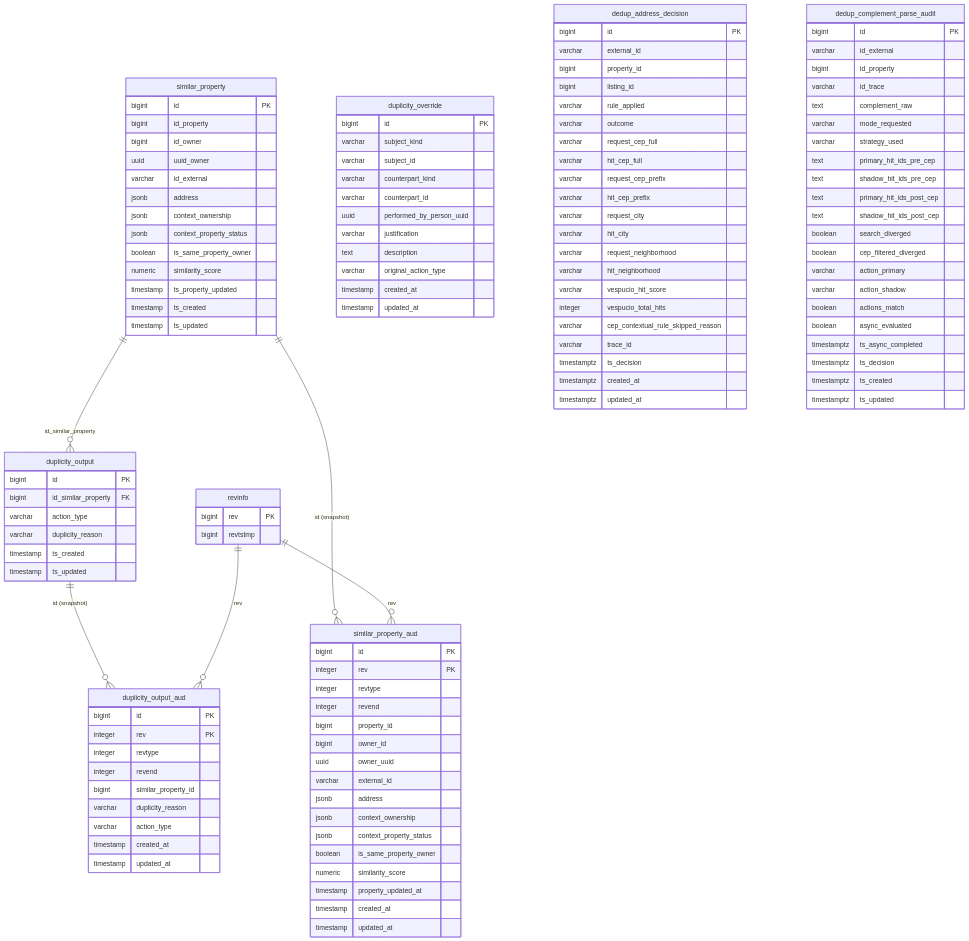
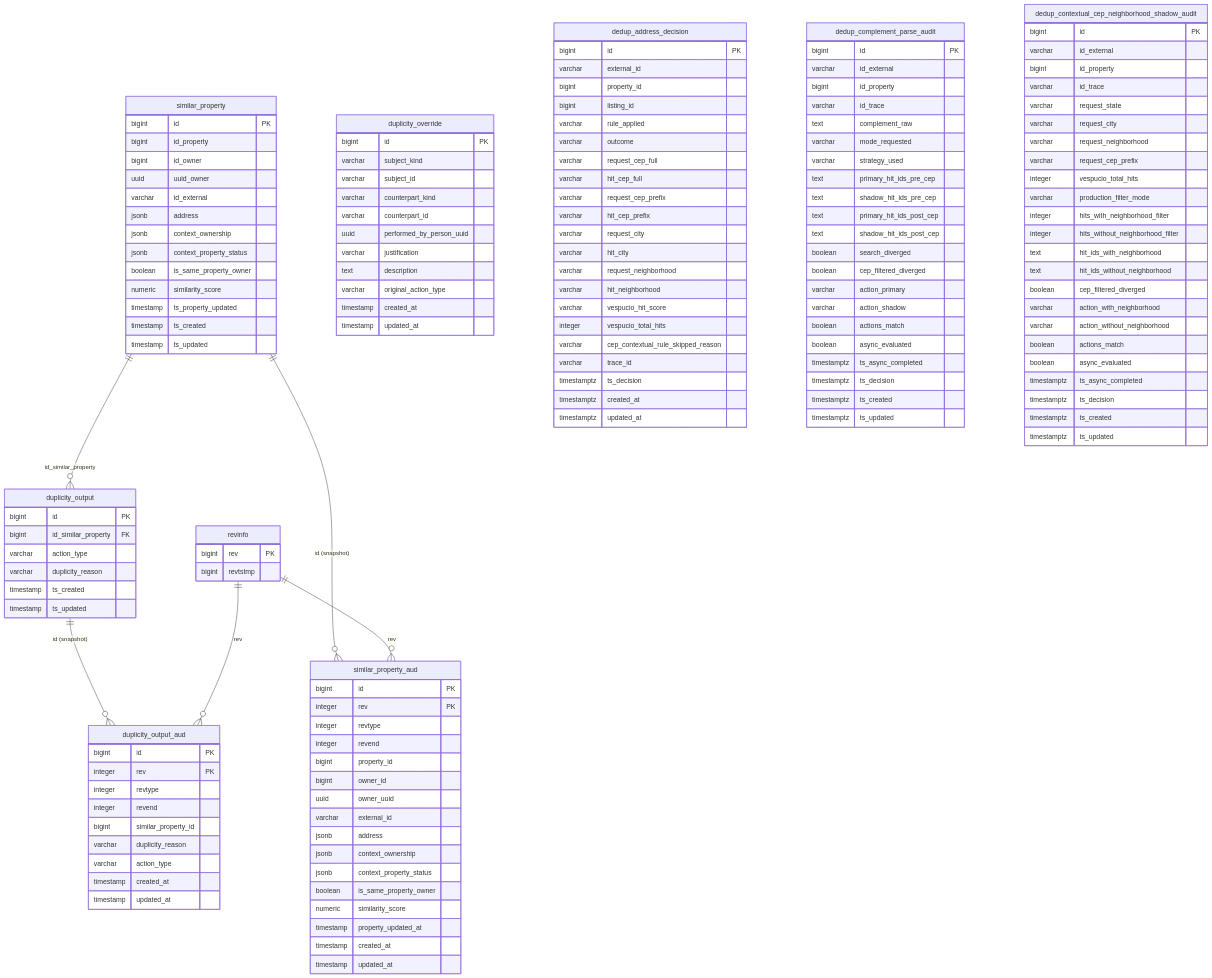
Before and after one commit to joseotaviorf/oh-my-pi: the diagram in dags/growth/property_dedup/property_dedup.md, drawn with Mermaid. The commit also changed other lines of this file and 3 other files, not shown here.

First line of the commit message:
feat(property-dedup): add dedup_contextual_cep_neighborhood_shadow_audit to datalake (#26348)

```diff
--- a/dags/growth/property_dedup/property_dedup.md
+++ b/dags/growth/property_dedup/property_dedup.md
@@ -163,6 +163,32 @@
         timestamptz ts_updated
     }
 
+    dedup_contextual_cep_neighborhood_shadow_audit {
+        bigint id PK
+        varchar id_external
+        bigint id_property
+        varchar id_trace
+        varchar request_state
+        varchar request_city
+        varchar request_neighborhood
+        varchar request_cep_prefix
+        integer vespucio_total_hits
+        varchar production_filter_mode
+        integer hits_with_neighborhood_filter
+        integer hits_without_neighborhood_filter
+        text hit_ids_with_neighborhood
+        text hit_ids_without_neighborhood
+        boolean cep_filtered_diverged
+        varchar action_with_neighborhood
+        varchar action_without_neighborhood
+        boolean actions_match
+        boolean async_evaluated
+        timestamptz ts_async_completed
+        timestamptz ts_decision
+        timestamptz ts_created
+        timestamptz ts_updated
+    }
+
     similar_property_aud {
         bigint id PK
         integer rev PK
```
